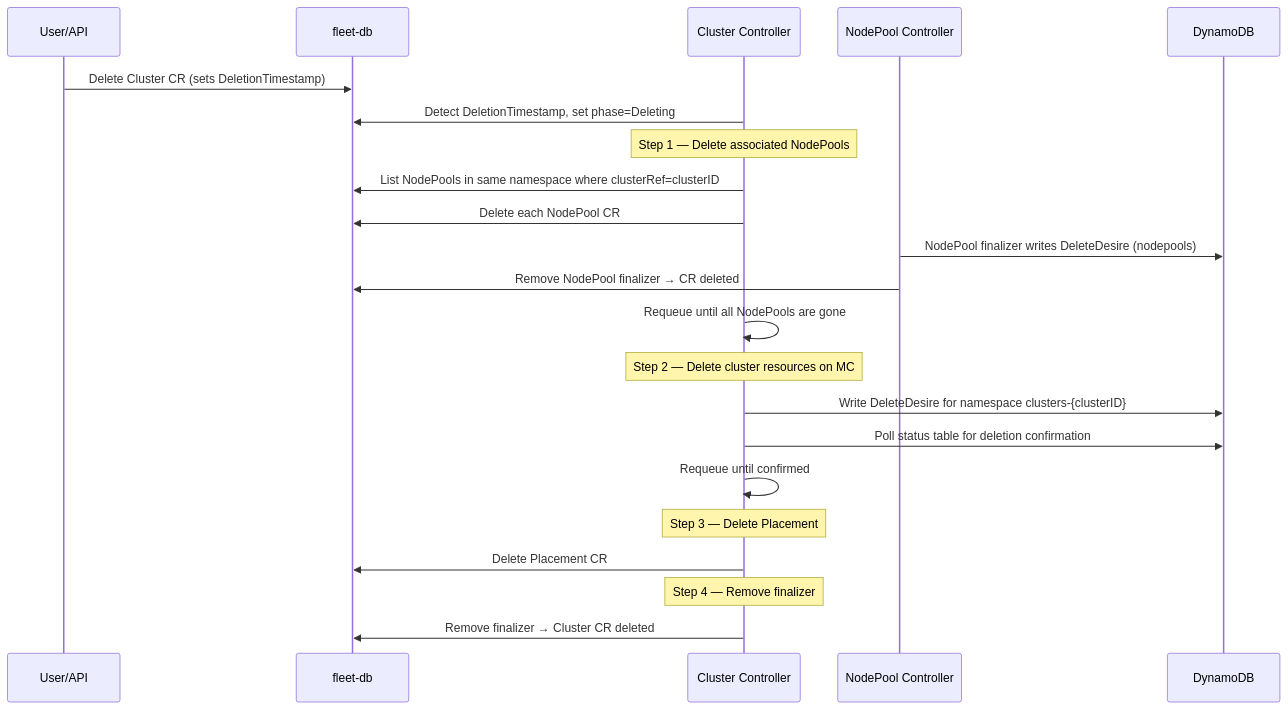
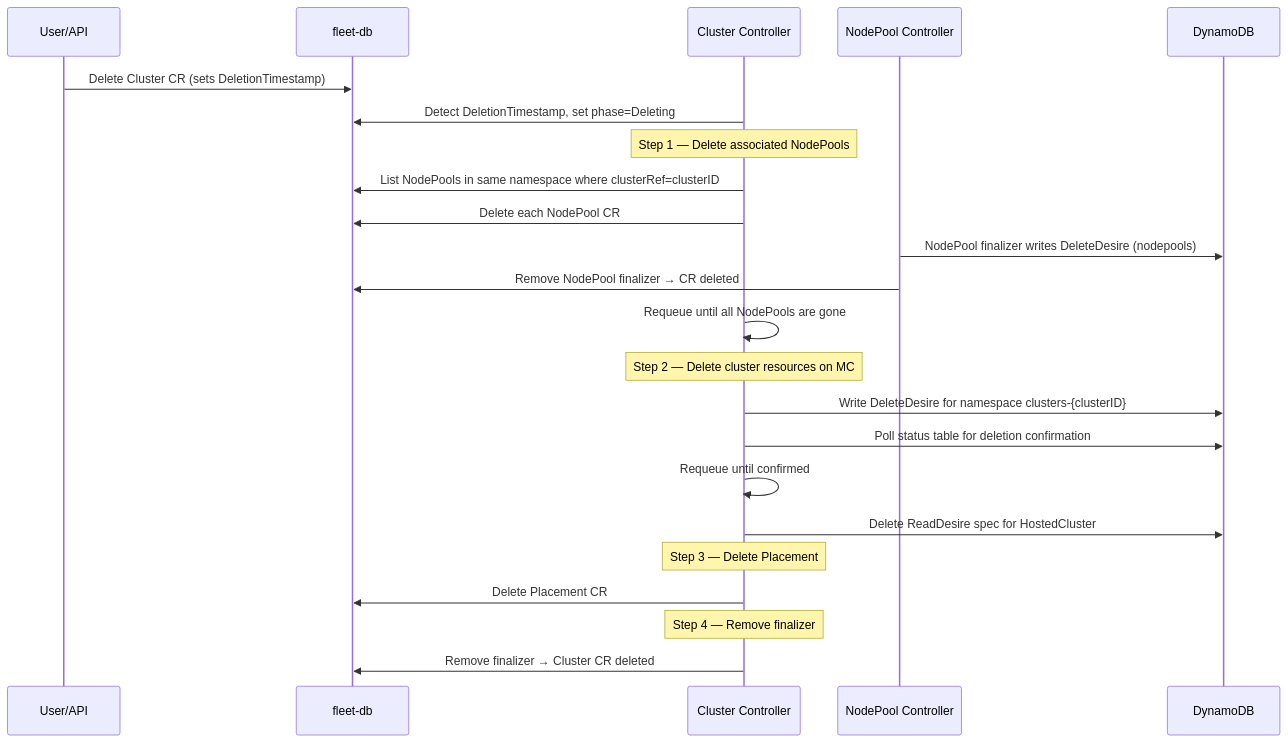
One commit to typeid/hyperfleet-operator changed the second of 2 diagrams in docs/cluster-controller.md. Above: the diagram before and after it, drawn with Mermaid. The commit also changed other lines of this file and 56 other files, not shown here.

````diff
--- a/docs/cluster-controller.md
+++ b/docs/cluster-controller.md
@@ -78,29 +78,30 @@
 ```mermaid
 sequenceDiagram
     participant User as User/API
     participant FDB as fleet-db
     participant CC as Cluster Controller
     participant NPC as NodePool Controller
     participant DDB as DynamoDB
 
     User->>FDB: Delete Cluster CR (sets DeletionTimestamp)
     CC->>FDB: Detect DeletionTimestamp, set phase=Deleting
 
     Note over CC: Step 1 — Delete associated NodePools
     CC->>FDB: List NodePools in same namespace where clusterRef=clusterID
     CC->>FDB: Delete each NodePool CR
     NPC->>DDB: NodePool finalizer writes DeleteDesire (nodepools)
     NPC->>FDB: Remove NodePool finalizer → CR deleted
     CC->>CC: Requeue until all NodePools are gone
 
     Note over CC: Step 2 — Delete cluster resources on MC
     CC->>DDB: Write DeleteDesire for namespace clusters-{clusterID}
     CC->>DDB: Poll status table for deletion confirmation
     CC->>CC: Requeue until confirmed
+    CC->>DDB: Delete ReadDesire spec for HostedCluster
 
     Note over CC: Step 3 — Delete Placement
     CC->>FDB: Delete Placement CR
 
     Note over CC: Step 4 — Remove finalizer
     CC->>FDB: Remove finalizer → Cluster CR deleted
 ```
````
